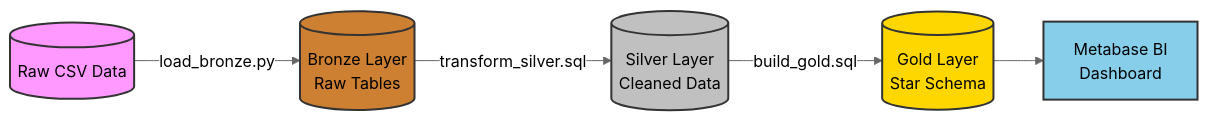
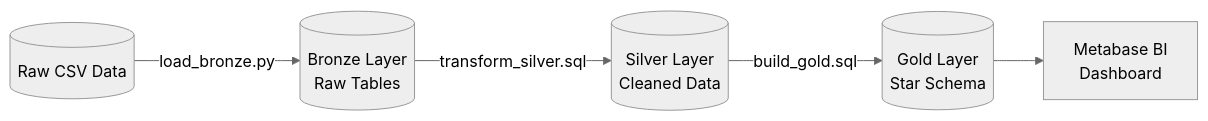
Before and after one commit to luckylaplace/irish-rent-analytics: the first of 4 diagrams in README.md, drawn with Mermaid (neutral theme). The commit also changed other lines of this file, not shown here.

First line of the commit message:
docs: fix README language separation and mermaid colors

````diff
--- a/README.md
+++ b/README.md
@@ -29,13 +28,7 @@
 ```mermaid
 graph LR
     A[(Raw CSV Data)] -->|load_bronze.py| B[(Bronze Layer<br/>Raw Tables)]
     B -->|transform_silver.sql| C[(Silver Layer<br/>Cleaned Data)]
     C -->|build_gold.sql| D[(Gold Layer<br/>Star Schema)]
     D --> E[Metabase BI<br/>Dashboard]
-    
-    style A fill:#f9f,stroke:#333,stroke-width:2px
-    style B fill:#cd7f32,stroke:#333,stroke-width:2px
-    style C fill:#c0c0c0,stroke:#333,stroke-width:2px
-    style D fill:#ffd700,stroke:#333,stroke-width:2px
-    style E fill:#87CEEB,stroke:#333,stroke-width:2px
 ```
````
